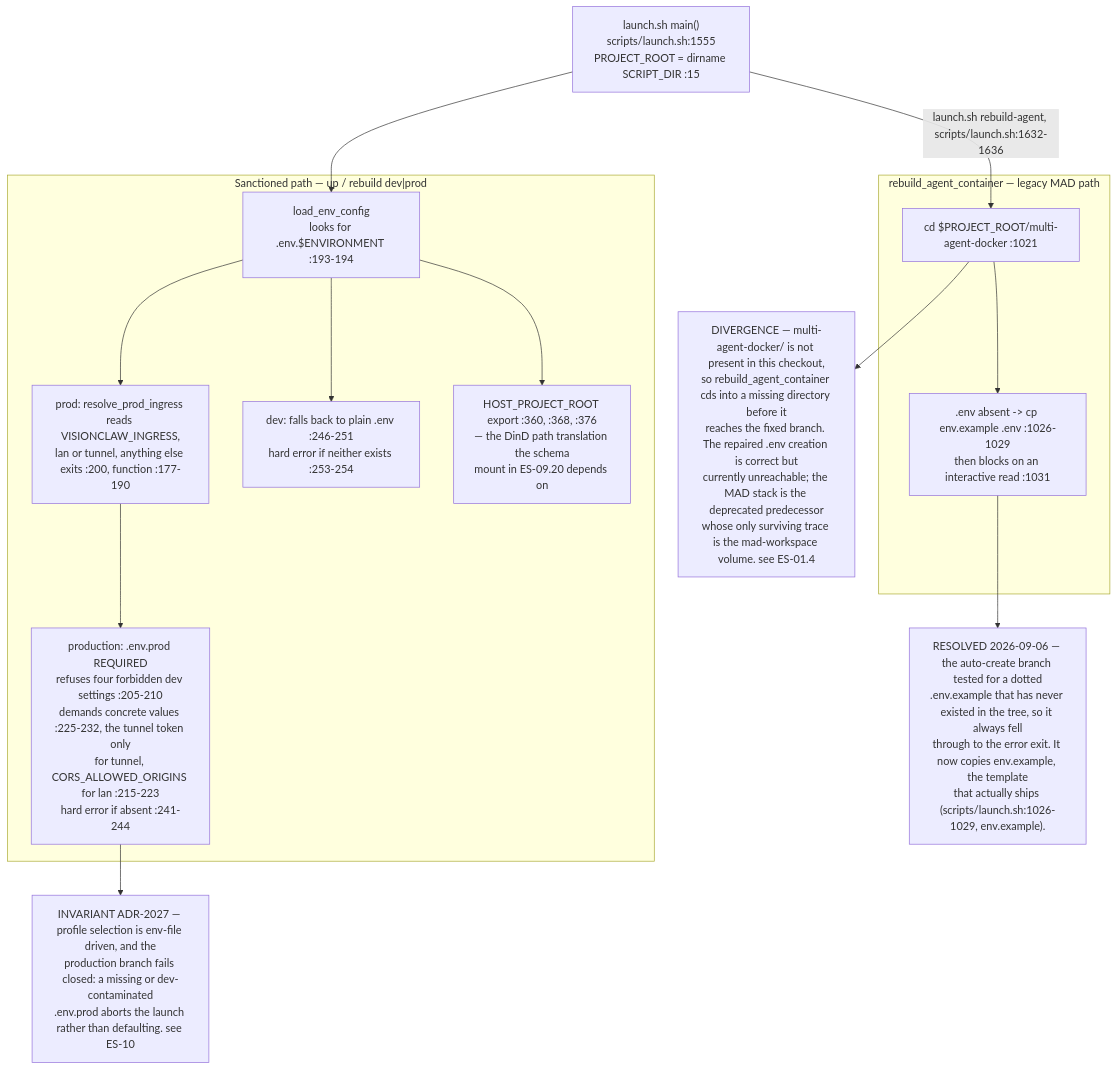
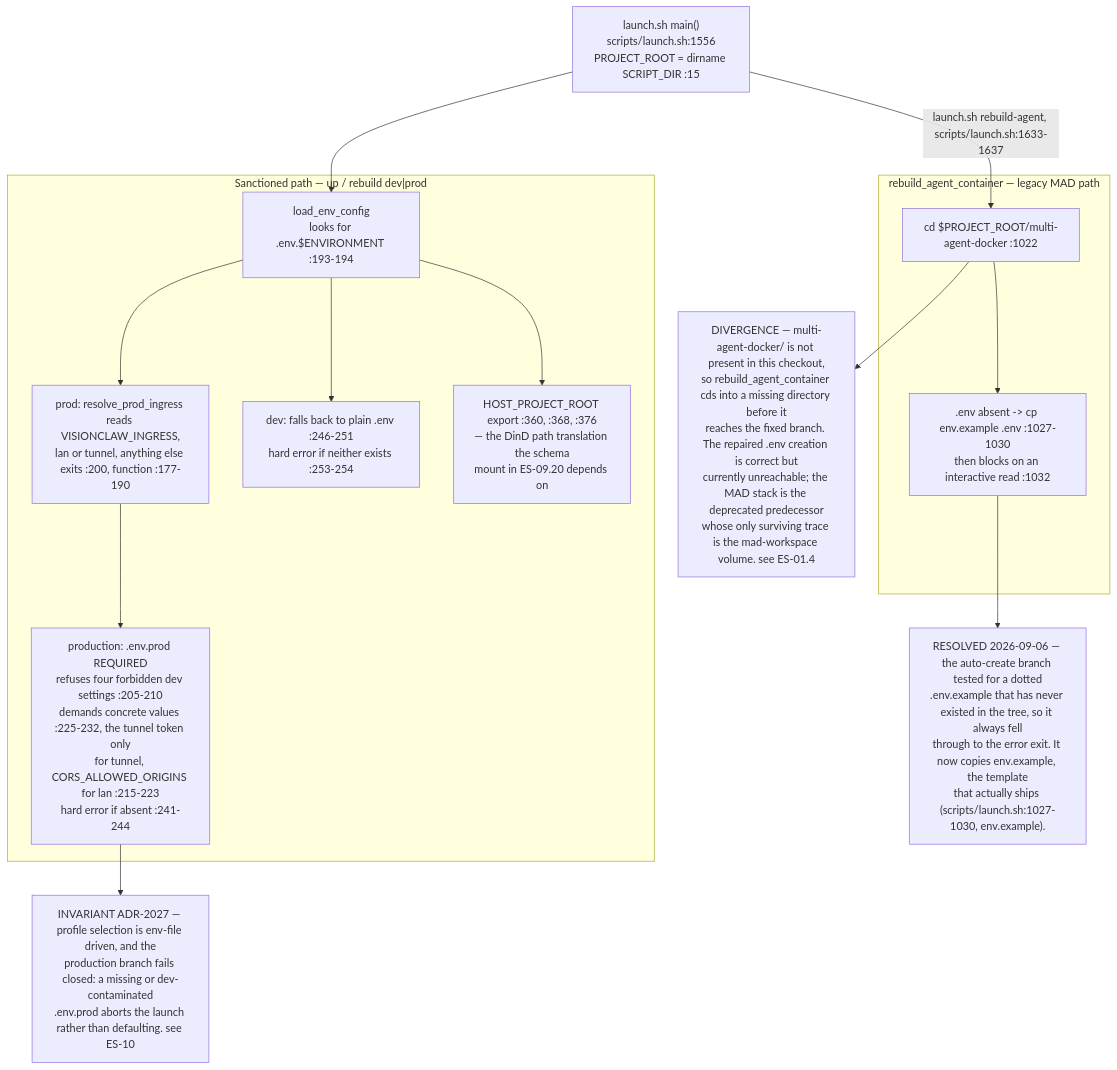
Diagram 21 of 24 in docs/diagrams/estate/09-build-deploy-and-ci-estate.md (DreamLab-AI/VisionFlow), drawn with Mermaid before and after one commit. The commit also changed other lines of this file and 5 other files, not shown here.

````diff
--- a/docs/diagrams/estate/09-build-deploy-and-ci-estate.md
+++ b/docs/diagrams/estate/09-build-deploy-and-ci-estate.md
@@ -767,31 +767,31 @@
 ```mermaid
 flowchart TB
-    START["launch.sh main()<br/>scripts/launch.sh:1555<br/>PROJECT_ROOT = dirname SCRIPT_DIR :15"]
+    START["launch.sh main()<br/>scripts/launch.sh:1556<br/>PROJECT_ROOT = dirname SCRIPT_DIR :15"]
 
     subgraph SANCTIONED["Sanctioned path — up / rebuild dev|prod"]
         LOADENV["load_env_config<br/>looks for .env.$ENVIRONMENT :193-194"]
         INGR["prod: resolve_prod_ingress reads VISIONCLAW_INGRESS,<br/>lan or tunnel, anything else exits :200, function :177-190"]
         PRODREQ["production: .env.prod REQUIRED<br/>refuses four forbidden dev settings :205-210<br/>demands concrete values :225-232, the tunnel token only<br/>for tunnel, CORS_ALLOWED_ORIGINS for lan :215-223<br/>hard error if absent :241-244"]
         DEVFALL["dev: falls back to plain .env :246-251<br/>hard error if neither exists :253-254"]
         HPR["HOST_PROJECT_ROOT export :360, :368, :376<br/>— the DinD path translation the schema<br/>mount in ES-09.20 depends on"]
     end
 
     subgraph LEGACY["rebuild_agent_container — legacy MAD path"]
-        CD["cd $PROJECT_ROOT/multi-agent-docker :1021"]
-        MK[".env absent -> cp env.example .env :1026-1029<br/>then blocks on an interactive read :1031"]
+        CD["cd $PROJECT_ROOT/multi-agent-docker :1022"]
+        MK[".env absent -> cp env.example .env :1027-1030<br/>then blocks on an interactive read :1032"]
     end
 
     START --> LOADENV
     LOADENV --> INGR --> PRODREQ
     LOADENV --> DEVFALL
     LOADENV --> HPR
-    START -->|"launch.sh rebuild-agent, scripts/launch.sh:1632-1636"| CD --> MK
+    START -->|"launch.sh rebuild-agent, scripts/launch.sh:1633-1637"| CD --> MK
 
-    FIX["RESOLVED 2026-09-06 — the auto-create branch tested for a dotted<br/>.env.example that has never existed in the tree, so it always fell<br/>through to the error exit. It now copies env.example, the template<br/>that actually ships (scripts/launch.sh:1026-1029, env.example)."]
+    FIX["RESOLVED 2026-09-06 — the auto-create branch tested for a dotted<br/>.env.example that has never existed in the tree, so it always fell<br/>through to the error exit. It now copies env.example, the template<br/>that actually ships (scripts/launch.sh:1027-1030, env.example)."]
     DIV["DIVERGENCE — multi-agent-docker/ is not present in this checkout,<br/>so rebuild_agent_container cds into a missing directory before it<br/>reaches the fixed branch. The repaired .env creation is correct but<br/>currently unreachable; the MAD stack is the deprecated predecessor<br/>whose only surviving trace is the mad-workspace volume. see ES-01.4"]
     INV["INVARIANT ADR-2027 — profile selection is env-file driven, and the<br/>production branch fails closed: a missing or dev-contaminated<br/>.env.prod aborts the launch rather than defaulting. see ES-10"]
 
     MK --> FIX
     CD --> DIV
     PRODREQ --> INV
 ```
````
